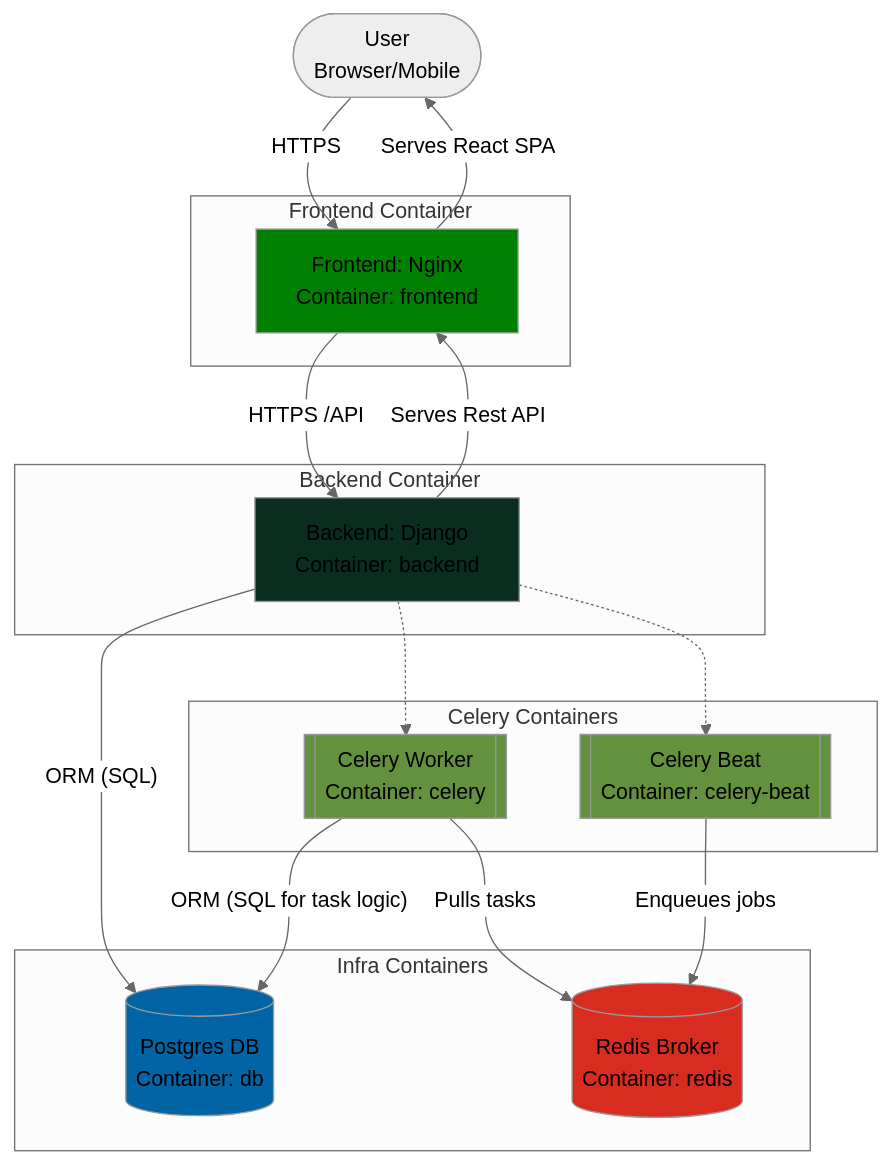
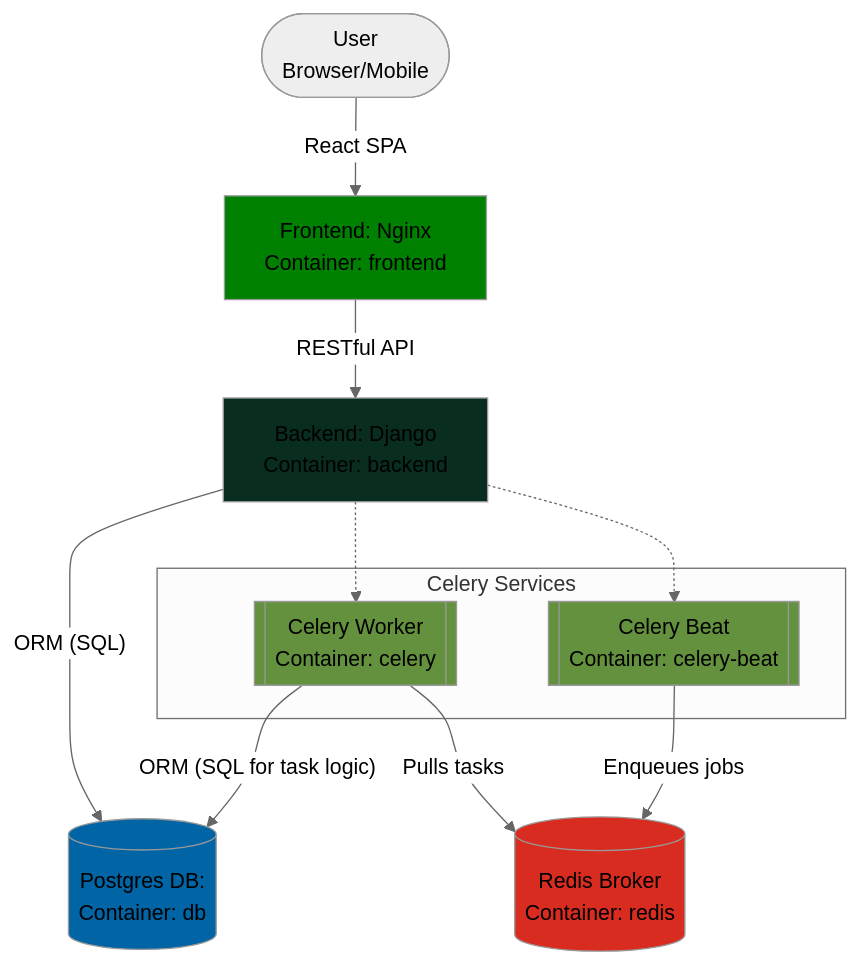
Before and after one commit to LorenzoFerreyra/barbermanager: the first of 2 diagrams in README.md, drawn with Mermaid (neutral theme). The commit also changed other lines of this file, not shown here.

Commit message:
cleaned up diagram [skip ci]

````diff
--- a/README.md
+++ b/README.md
@@ -64,58 +66,31 @@
 ```mermaid
 flowchart TD
-    enduser([User<br/>Browser/Mobile])
+    US([User <br> Browser/Mobile])
+    FE[Frontend: Nginx <br> Container: frontend]
+    BE[Backend: Django <br> Container: backend]
+    RD[(Redis Broker <br> Container: redis)]
+    PG[(Postgres DB: <br> Container: db)]
 
-    FE[Frontend: Nginx<br/>Container: frontend]
-    subgraph Frontend Container
-        FE
+    subgraph Celery Services
+        CW[[Celery Worker <br> Container: celery]]
+        CB[[Celery Beat  <br> Container: celery-beat]]
     end
 
-    BE[Backend: Django<br/>Container: backend]
-    subgraph Backend Container
-        BE
-    end
+    US -- React SPA --> FE
+    FE -- RESTful API  --> BE
 
-    RD[(Redis Broker<br/>Container: redis)]
-    PG[(Postgres DB<br/>Container: db)]
-    subgraph Infra Containers
-        RD
-        PG
-    end
-
-    CW[[Celery Worker<br/>Container: celery]]
-    CB[[Celery Beat<br/>Container: celery-beat]]
-    subgraph Celery Containers
-        CW
-        CB
-    end
-
-    %% Frontend
-    FE -- Serves React SPA --> enduser
-
-    %% Core Request/Response Flow
-    enduser -- HTTPS --> FE
-    FE -- HTTPS /API --> BE
-    BE -- Serves Rest API --> FE
-
-    %% Backend/DB/Cache
-    BE -- ORM (SQL) --> PG
-
-    %% Celery Worker process
-    CW -- ORM (SQL for task logic) --> PG
-    CW -- Pulls tasks --> RD
-
-    %% Celery Beat Schedules
-    CB -- Enqueues jobs --> RD
-
-    %% Relationships
     BE -.-> CW
     BE -.-> CB
 
-    %% Color / Service Types
+    BE -- ORM (SQL) --> PG
+    CW -- ORM (SQL for task logic) --> PG
+    CW -- Pulls tasks --> RD
+    CB -- Enqueues jobs --> RD
+
     style FE fill:#008000
     style BE fill:#092e20
     style RD fill:#D82C20
     style PG fill:#0064a5
     style CW fill:#64913D
     style CB fill:#64913D
 ```
````
